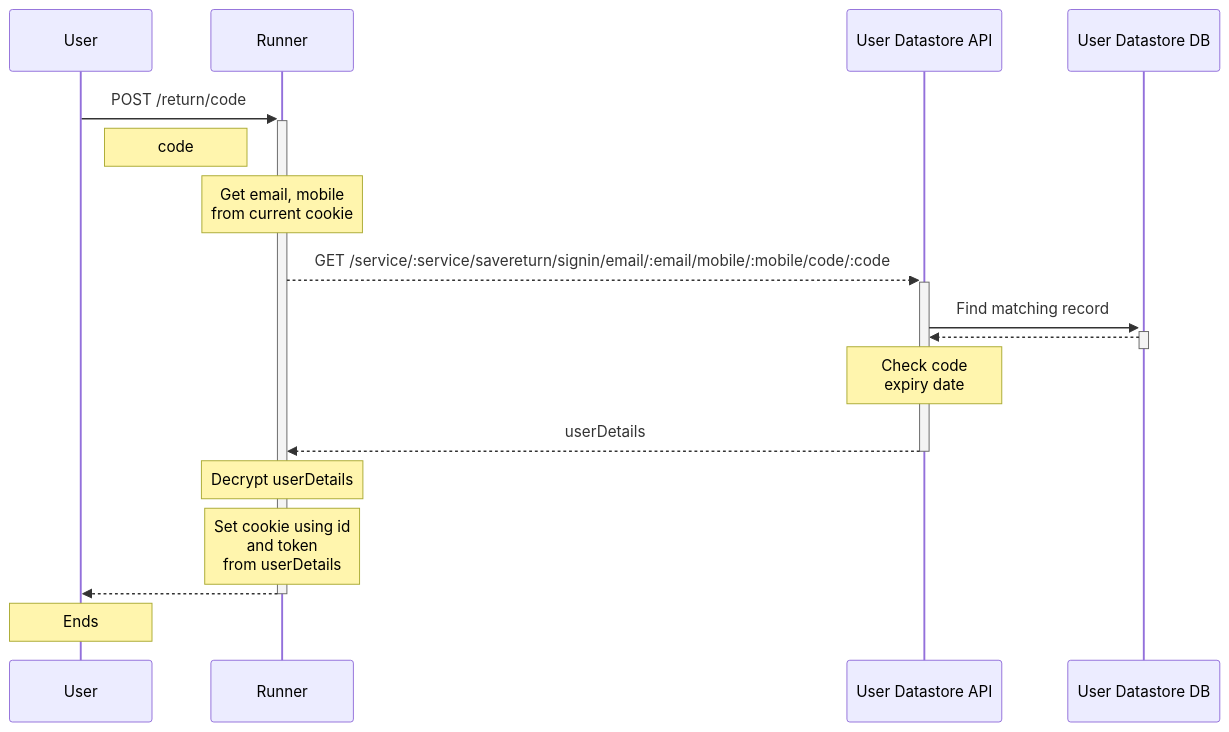
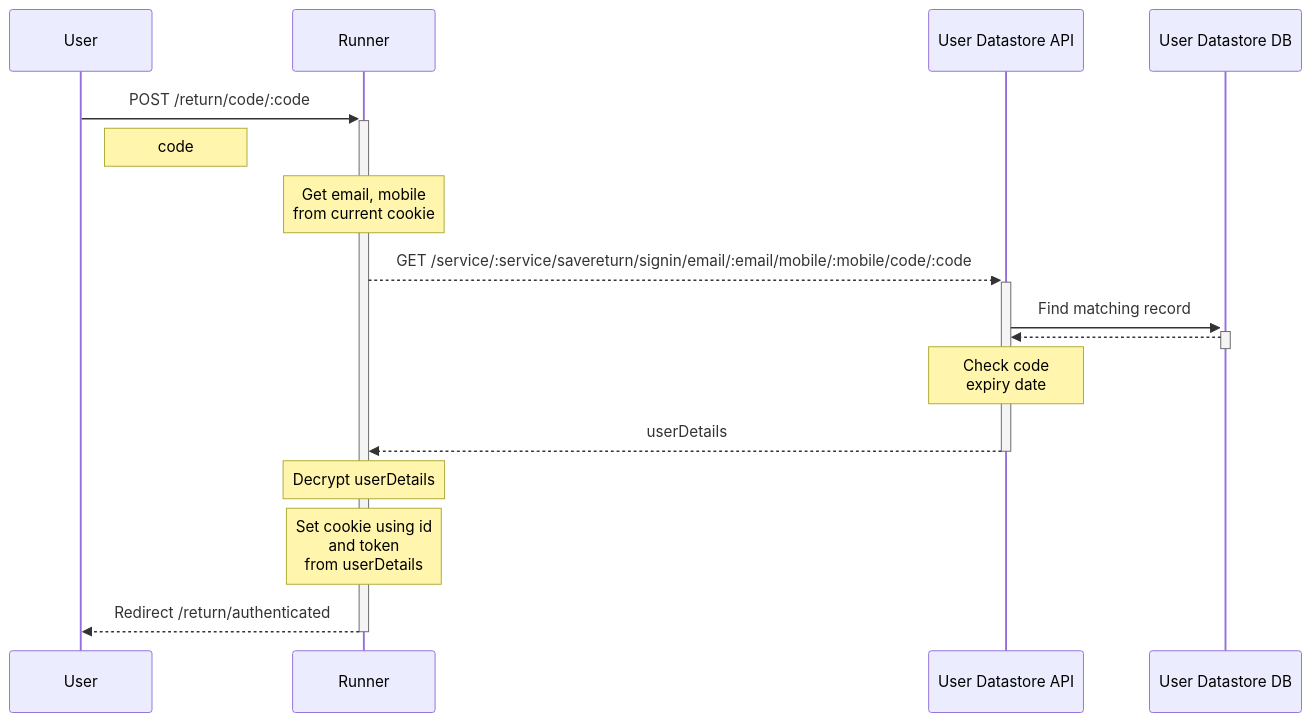
One commit to ministryofjustice/form-builder changed the diagram in documentation/save-and-return/images/save-return--signin-code.mmd. Above: the diagram before and after it, drawn with Mermaid. The commit also changed 30 other files, not shown here.

Commit message:
Updated with correct urls and full flow

```diff
--- a/documentation/save-and-return/images/save-return--signin-code.mmd
+++ b/documentation/save-and-return/images/save-return--signin-code.mmd
@@ -1,33 +1,31 @@
 sequenceDiagram
 
 participant U as User
 
 participant R as Runner
 
 participant DS as User Datastore API
 
 participant DB as User Datastore DB
 
-U->>+R: POST /return/code
+U->>+R: POST /return/code/:code
 
 Note right of U: code
 
 Note over R: Get email, mobile<br>from current cookie
 
 R-->>+DS: GET /service/:service/savereturn/signin/email/:email/mobile/:mobile/code/:code
 
 DS->>+DB: Find matching record
 
 DB-->>-DS: 
 
 Note over DS: Check code <br>expiry date
 
 DS-->>-R: userDetails
 
 Note over R: Decrypt userDetails
 
 Note over R: Set cookie using id <br>and token <br>from userDetails
 
-R-->>-U:  
-
-Note over U: Ends
+R-->>-U:  Redirect /return/authenticated
```
